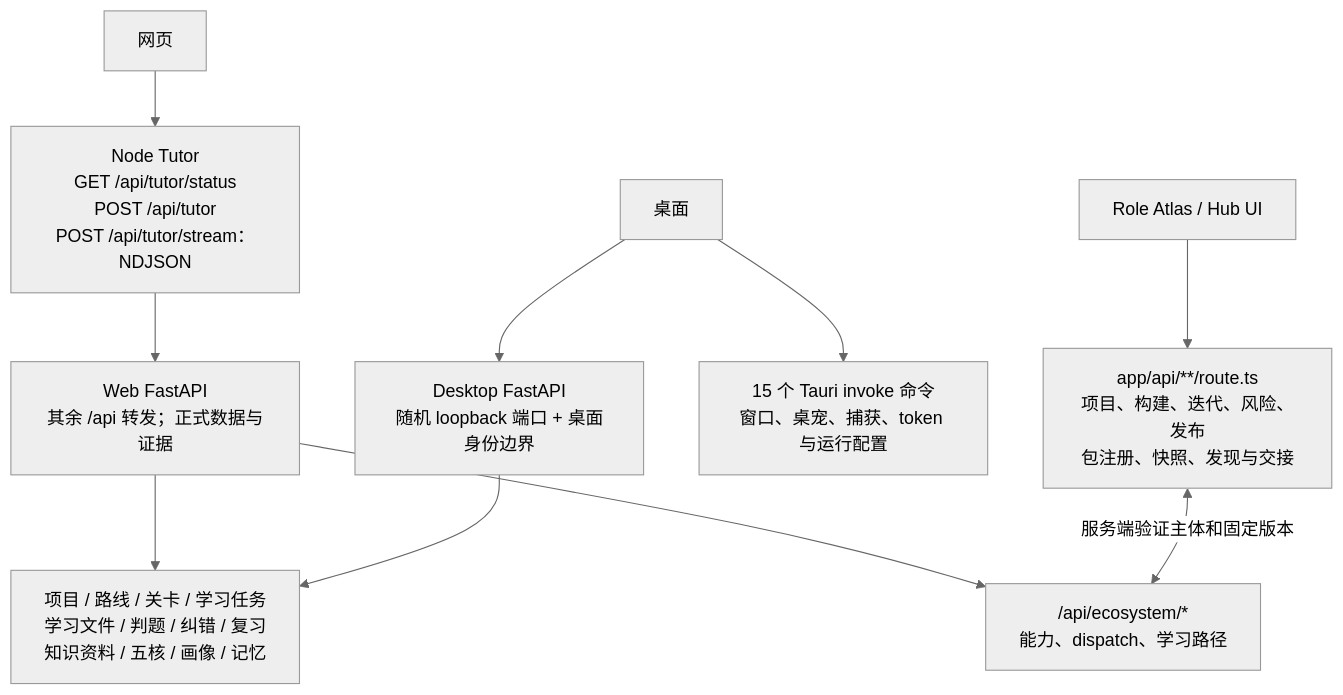
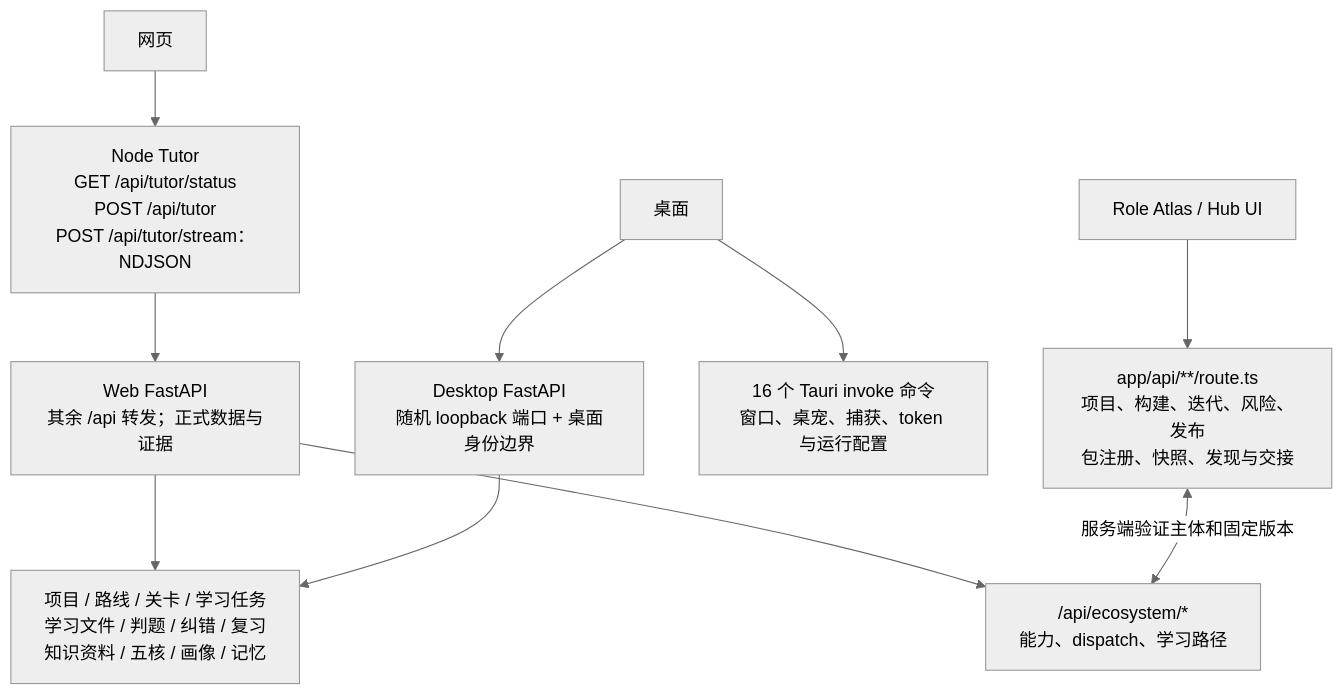
One commit to runzhong123-max/LearnFlow changed the third of 4 diagrams in docs/PROJECT_MAP.md. Above: the diagram before and after it, drawn with Mermaid (neutral theme). The commit also changed other lines of this file and 123 other files, not shown here.

````diff
--- a/docs/PROJECT_MAP.md
+++ b/docs/PROJECT_MAP.md
@@ -105,12 +106,12 @@
 ```mermaid
 flowchart TB
   Browser[网页] --> NodeAPI["Node Tutor<br/>GET /api/tutor/status<br/>POST /api/tutor<br/>POST /api/tutor/stream：NDJSON"]
   NodeAPI --> WebAPI["Web FastAPI<br/>其余 /api 转发；正式数据与证据"]
   DesktopUI[桌面] --> DesktopAPI["Desktop FastAPI<br/>随机 loopback 端口 + 桌面身份边界"]
-  DesktopUI --> IPC["15 个 Tauri invoke 命令<br/>窗口、桌宠、捕获、token 与运行配置"]
+  DesktopUI --> IPC["16 个 Tauri invoke 命令<br/>窗口、桌宠、捕获、token 与运行配置"]
   WebAPI --> Business["项目 / 路线 / 关卡 / 学习任务<br/>学习文件 / 判题 / 纠错 / 复习<br/>知识资料 / 五核 / 画像 / 记忆"]
   DesktopAPI --> Business
   WebAPI --> Gateway["/api/ecosystem/*<br/>能力、dispatch、学习路径"]
   AtlasUI["Role Atlas / Hub UI"] --> AtlasAPI["app/api/**/route.ts<br/>项目、构建、迭代、风险、发布<br/>包注册、快照、发现与交接"]
   AtlasAPI <-->|服务端验证主体和固定版本| Gateway
 ```
````
